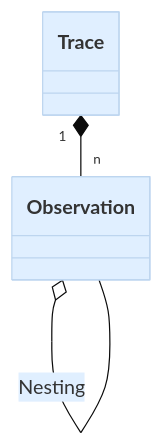
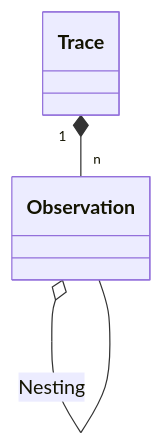
Before and after one commit to langfuse/langfuse-docs: the second of 5 diagrams in pages/docs/observability/data-model.mdx, drawn with Mermaid. The commit also changed other lines of this file, not shown here.

First line of the commit message:
Removed custom styling from mermaid diagrams

````diff
--- a/pages/docs/observability/data-model.mdx
+++ b/pages/docs/observability/data-model.mdx
@@ -70,13 +69,5 @@
 ```mermaid
----
-config:
-  showSequenceNumbers: true
-  theme: base
-  themeVariables:
-    primaryColor: "#E0EFFF"
-    noteBkgColor: "#FCFCFC"
----
 classDiagram
     Trace "1" *-- "n" Observation
     Observation o-- Observation: Nesting
 ```
````
